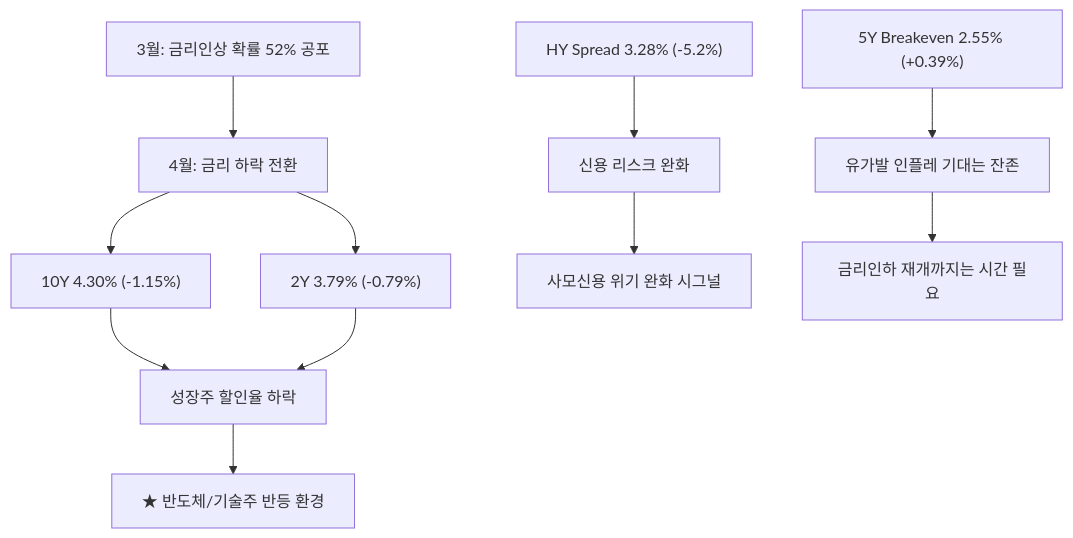
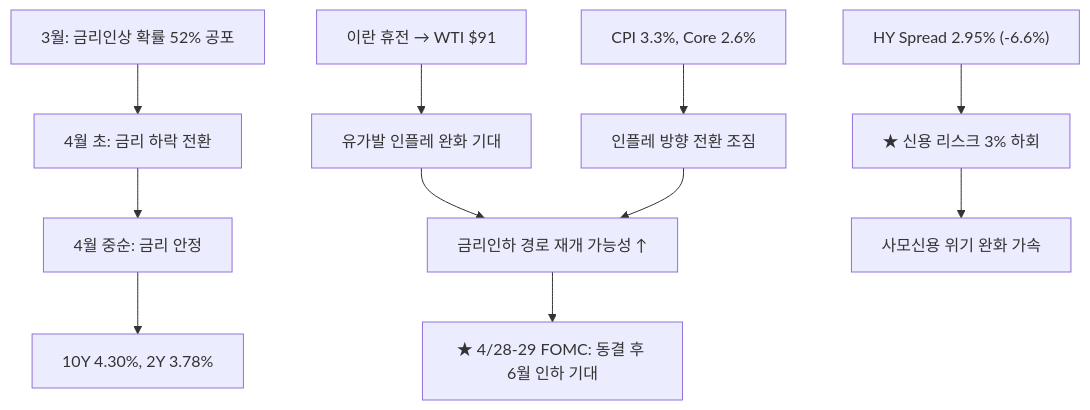
One commit to dss99911/dss99911.github.io changed the fourth of 9 diagrams in _posts/knowledge/invest/2026-01-12-macroeconomic-policy-sector-outlook-2026.md. Above: the diagram before and after it, drawn with Mermaid. The commit also changed other lines of this file and 2 other files, not shown here.

````diff
--- a/_posts/knowledge/invest/2026-01-12-macroeconomic-policy-sector-outlook-2026.md
+++ b/_posts/knowledge/invest/2026-01-12-macroeconomic-policy-sector-outlook-2026.md
@@ -153,13 +178,13 @@
 ```mermaid
 graph TD
-    A["3월: 금리인상 확률 52% 공포"] --> B["4월: 금리 하락 전환"]
-    B --> C["10Y 4.30% #40;-1.15%#41;"]
-    B --> D["2Y 3.79% #40;-0.79%#41;"]
-    C --> E["성장주 할인율 하락"]
-    D --> E
-    E --> F["★ 반도체/기술주 반등 환경"]
-    G["HY Spread 3.28% #40;-5.2%#41;"] --> H["신용 리스크 완화"]
-    H --> I["사모신용 위기 완화 시그널"]
-    J["5Y Breakeven 2.55% #40;+0.39%#41;"] --> K["유가발 인플레 기대는 잔존"]
-    K --> L["금리인하 재개까지는 시간 필요"]
+    A["3월: 금리인상 확률 52% 공포"] --> B["4월 초: 금리 하락 전환"]
+    B --> C["4월 중순: 금리 안정"]
+    C --> D["10Y 4.30%, 2Y 3.78%"]
+    E["이란 휴전 → WTI $91"] --> F["유가발 인플레 완화 기대"]
+    F --> G["금리인하 경로 재개 가능성 ↑"]
+    H["HY Spread 2.95% #40;-6.6%#41;"] --> I["★ 신용 리스크 3% 하회"]
+    I --> J["사모신용 위기 완화 가속"]
+    K["CPI 3.3%, Core 2.6%"] --> L["인플레 방향 전환 조짐"]
+    L --> G
+    G --> M["★ 4/28-29 FOMC: 동결 후 6월 인하 기대"]
 ```
````
